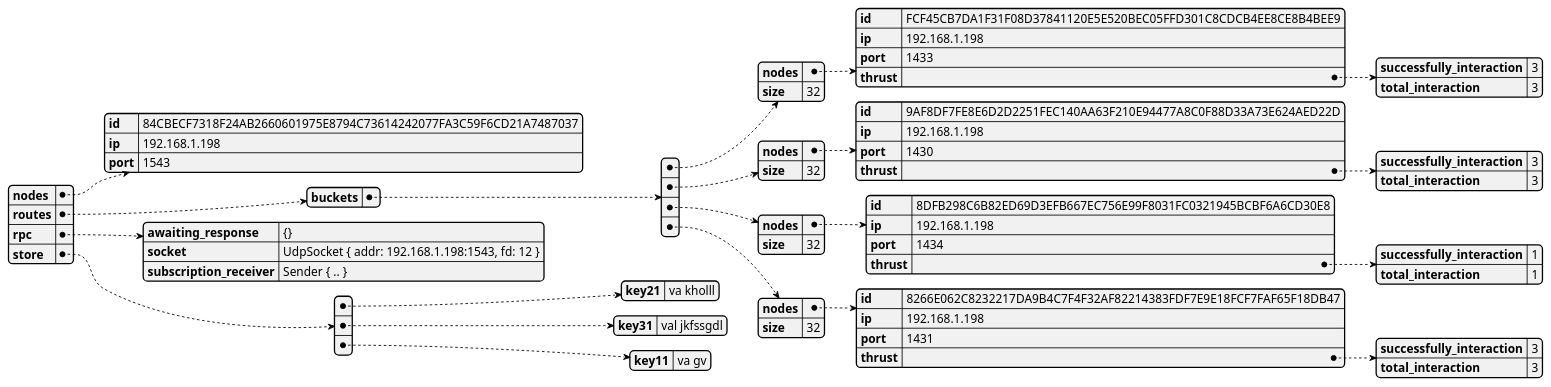
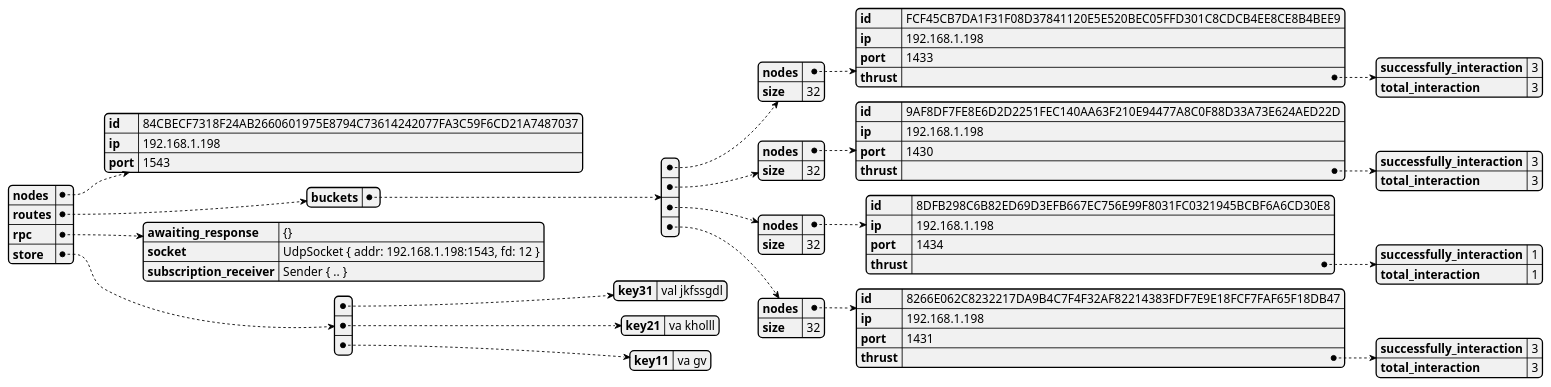
The diagram in src/distributed_legder/state_dumps/test-bootstrap-1.json.plantuml (GoliathHagar/distributed_legder_kademlia), drawn with PlantUML before and after one commit. The commit also changed 29 other files, not shown here.

```diff
--- a/src/distributed_legder/state_dumps/test-bootstrap-1.json.plantuml
+++ b/src/distributed_legder/state_dumps/test-bootstrap-1.json.plantuml
@@ -1,3 +1,3 @@
 @startjson
-{"nodes":{"id":"84CBECF7318F24AB2660601975E8794C73614242077FA3C59F6CD21A7487037","ip":"192.168.1.198","port":1543},"routes":{"buckets":[{"nodes":{"id":"FCF45CB7DA1F31F08D37841120E5E520BEC05FFD301C8CDCB4EE8CE8B4BEE9","ip":"192.168.1.198","port":1433,"thrust":{"successfully_interaction":3,"total_interaction":3}},"size":32},{"nodes":{"id":"9AF8DF7FE8E6D2D2251FEC140AA63F210E94477A8C0F88D33A73E624AED22D","ip":"192.168.1.198","port":1430,"thrust":{"successfully_interaction":3,"total_interaction":3}},"size":32},{"nodes":{"id":"8DFB298C6B82ED69D3EFB667EC756E99F8031FC0321945BCBF6A6CD30E8","ip":"192.168.1.198","port":1434,"thrust":{"successfully_interaction":1,"total_interaction":1}},"size":32},{"nodes":{"id":"8266E062C8232217DA9B4C7F4F32AF82214383FDF7E9E18FCF7FAF65F18DB47","ip":"192.168.1.198","port":1431,"thrust":{"successfully_interaction":3,"total_interaction":3}},"size":32}]},"rpc":{"awaiting_response":"{}","socket":"UdpSocket { addr: 192.168.1.198:1543, fd: 12 }","subscription_receiver":"Sender { .. }"},"store":[{"key21":"va kholll"},{"key31":"val jkfssgdl"},{"key11":"va gv"}]}
+{"nodes":{"id":"84CBECF7318F24AB2660601975E8794C73614242077FA3C59F6CD21A7487037","ip":"192.168.1.198","port":1543},"routes":{"buckets":[{"nodes":{"id":"FCF45CB7DA1F31F08D37841120E5E520BEC05FFD301C8CDCB4EE8CE8B4BEE9","ip":"192.168.1.198","port":1433,"thrust":{"successfully_interaction":3,"total_interaction":3}},"size":32},{"nodes":{"id":"9AF8DF7FE8E6D2D2251FEC140AA63F210E94477A8C0F88D33A73E624AED22D","ip":"192.168.1.198","port":1430,"thrust":{"successfully_interaction":3,"total_interaction":3}},"size":32},{"nodes":{"id":"8DFB298C6B82ED69D3EFB667EC756E99F8031FC0321945BCBF6A6CD30E8","ip":"192.168.1.198","port":1434,"thrust":{"successfully_interaction":1,"total_interaction":1}},"size":32},{"nodes":{"id":"8266E062C8232217DA9B4C7F4F32AF82214383FDF7E9E18FCF7FAF65F18DB47","ip":"192.168.1.198","port":1431,"thrust":{"successfully_interaction":3,"total_interaction":3}},"size":32}]},"rpc":{"awaiting_response":"{}","socket":"UdpSocket { addr: 192.168.1.198:1543, fd: 12 }","subscription_receiver":"Sender { .. }"},"store":[{"key31":"val jkfssgdl"},{"key21":"va kholll"},{"key11":"va gv"}]}
 @endjson
```
